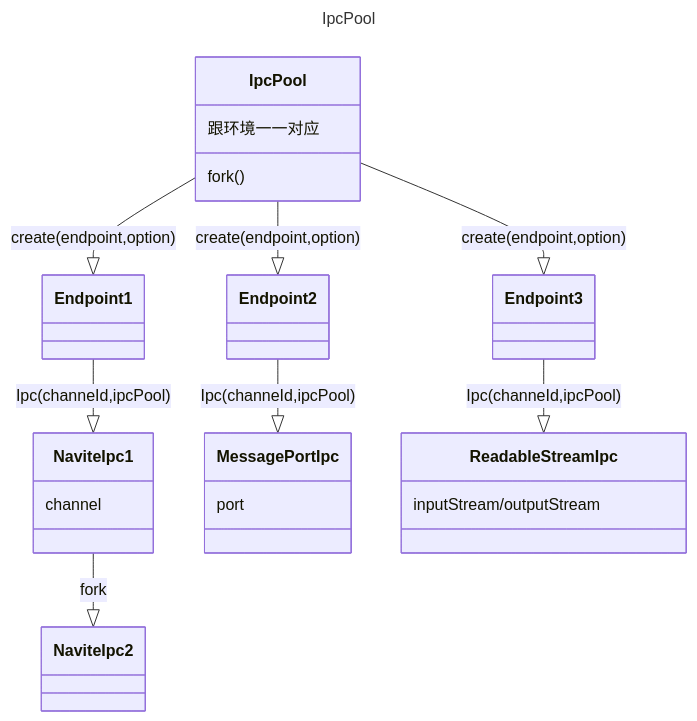
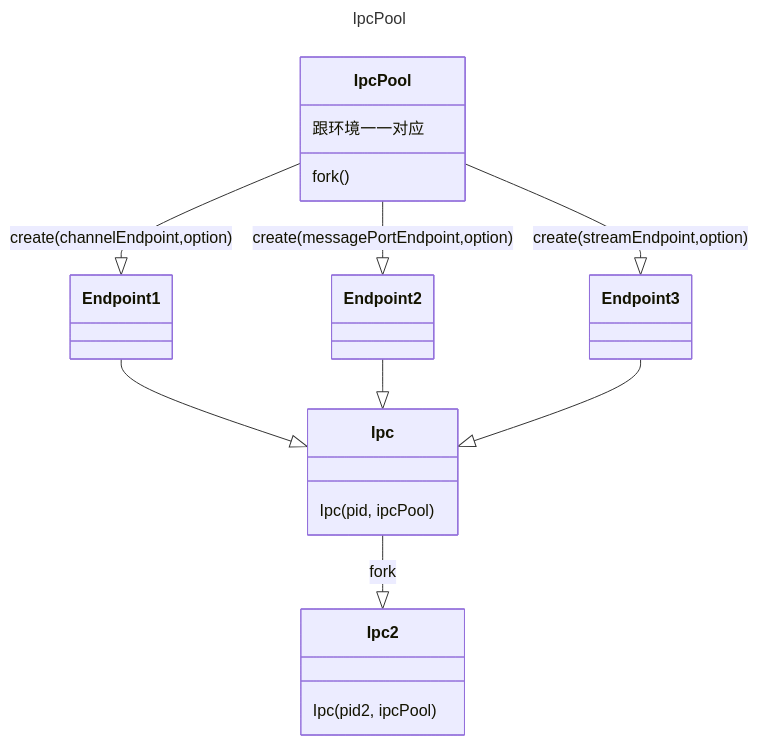
One commit to BioforestChain/dweb_browser changed the second of 3 diagrams in next/kmp/core/src/commonMain/kotlin/org/dweb_browser/core/README.md. Above: the diagram before and after it, drawn with Mermaid. The commit also changed 567 other files, not shown here.

First line of the commit message:
:tada: [kmp] ipc-pool

````diff
--- a/next/kmp/core/src/commonMain/kotlin/org/dweb_browser/core/README.md
+++ b/next/kmp/core/src/commonMain/kotlin/org/dweb_browser/core/README.md
@@ -24,26 +24,19 @@
 ```mermaid
 ---
 title: IpcPool
 ---
 classDiagram
     class IpcPool{
       跟环境一一对应
       fork()
     }
-    IpcPool --|> Endpoint1: create(endpoint,option)
-    IpcPool --|> Endpoint2: create(endpoint,option)
-    IpcPool --|> Endpoint3: create(endpoint,option)
-    class NaviteIpc1{
-      channel
-    }
-    class MessagePortIpc{
-      port
-    }
-    class ReadableStreamIpc{
-      inputStream/outputStream
-    }
-    Endpoint1 --|> NaviteIpc1: Ipc(channeId,ipcPool)
-    NaviteIpc1 --|> NaviteIpc2: fork
-    Endpoint2 --|> MessagePortIpc: Ipc(channeId,ipcPool)
-    Endpoint3 --|> ReadableStreamIpc: Ipc(channeId,ipcPool)
+    IpcPool --|> Endpoint1: create(channelEndpoint,option)
+    IpcPool --|> Endpoint2: create(messagePortEndpoint,option)
+    IpcPool --|> Endpoint3: create(streamEndpoint,option)
+    Endpoint1 --|> Ipc
+    Endpoint2 --|> Ipc
+    Endpoint3 --|> Ipc
+    Ipc: Ipc(pid, ipcPool) 
+    Ipc --|> Ipc2: fork
+    Ipc2: Ipc(pid2, ipcPool) 
 ```
````
